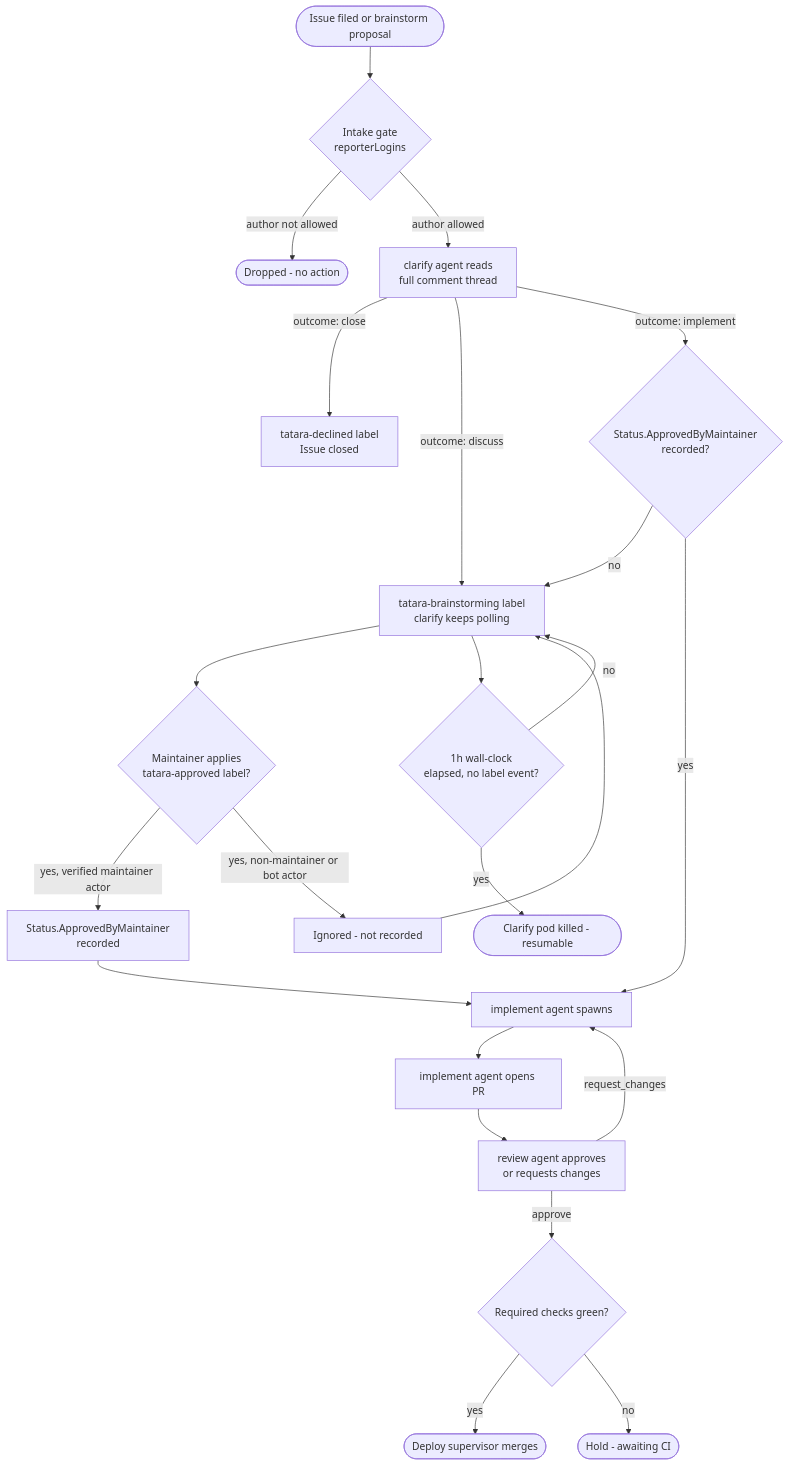
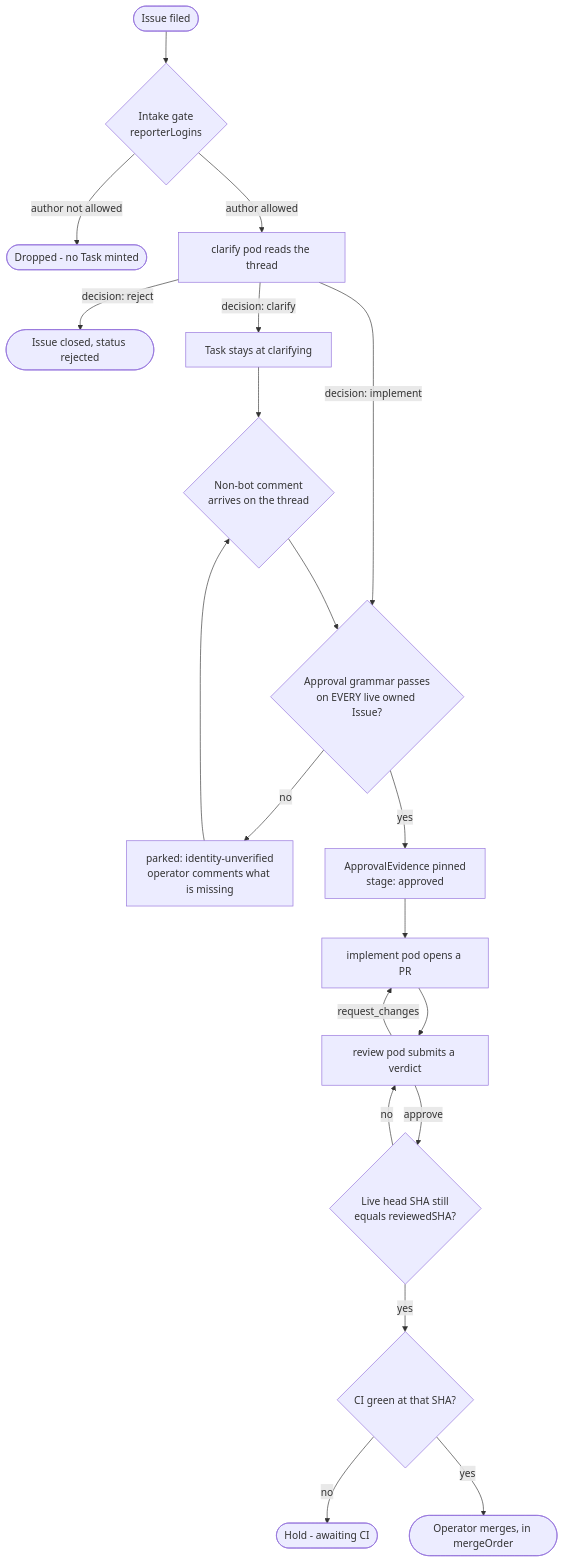
The second of 2 diagrams in docs/operations/security/approval-gates.md (szymonrychu/tatara-documentation), drawn with Mermaid before and after one commit. The commit also changed other lines of this file and 63 other files, not shown here.

First line of the commit message:
feat!: document the task-centric architecture (Issue/MergeRequest CRs, stage machine, operator merge) (#19)

````diff
--- a/docs/operations/security/approval-gates.md
+++ b/docs/operations/security/approval-gates.md
@@ -293,25 +351,22 @@
 ```mermaid
 flowchart TD
-    A([Issue filed or brainstorm proposal]) --> B{Intake gate\nreporterLogins}
-    B -- author not allowed --> Z1([Dropped - no action])
-    B -- author allowed --> C[clarify agent reads\nfull comment thread]
-    C -- outcome: close --> D[tatara-declined label\nIssue closed]
-    C -- outcome: discuss --> E[tatara-brainstorming label\nclarify keeps polling]
-    C -- outcome: implement --> F{Status.ApprovedByMaintainer\nrecorded?}
-    F -- no --> E
-    F -- yes --> G[implement agent spawns]
-    E --> I{Maintainer applies\ntatara-approved label?}
-    I -- yes, verified maintainer actor --> J[Status.ApprovedByMaintainer\nrecorded]
-    I -- yes, non-maintainer or bot actor --> K[Ignored - not recorded]
-    K --> E
-    J --> G
-    E --> L{1h wall-clock\nelapsed, no label event?}
-    L -- yes --> M([Clarify pod killed - resumable])
-    L -- no --> E
-    G --> N[implement agent opens PR]
-    N --> O[review agent approves\nor requests changes]
-    O -- approve --> P{Required checks green?}
-    O -- request_changes --> G
-    P -- yes --> Q([Deploy supervisor merges])
-    P -- no --> R([Hold - awaiting CI])
+    A([Issue filed]) --> B{Intake gate\nreporterLogins}
+    B -- author not allowed --> Z1([Dropped - no Task minted])
+    B -- author allowed --> C[clarify pod reads the thread]
+    C -- decision: reject --> D([Issue closed, status rejected])
+    C -- decision: clarify --> E[Task stays at clarifying]
+    C -- decision: implement --> F{Approval grammar passes\non EVERY live owned Issue?}
+    F -- no --> P[parked: identity-unverified\noperator comments what is missing]
+    F -- yes --> G[ApprovalEvidence pinned\nstage: approved]
+    P --> H{Non-bot comment\narrives on the thread}
+    H --> F
+    E --> H
+    G --> I[implement pod opens a PR]
+    I --> J[review pod submits a verdict]
+    J -- request_changes --> I
+    J -- approve --> K{Live head SHA still\nequals reviewedSHA?}
+    K -- no --> J
+    K -- yes --> L{CI green at that SHA?}
+    L -- no --> M([Hold - awaiting CI])
+    L -- yes --> N([Operator merges, in mergeOrder])
 ```
````
